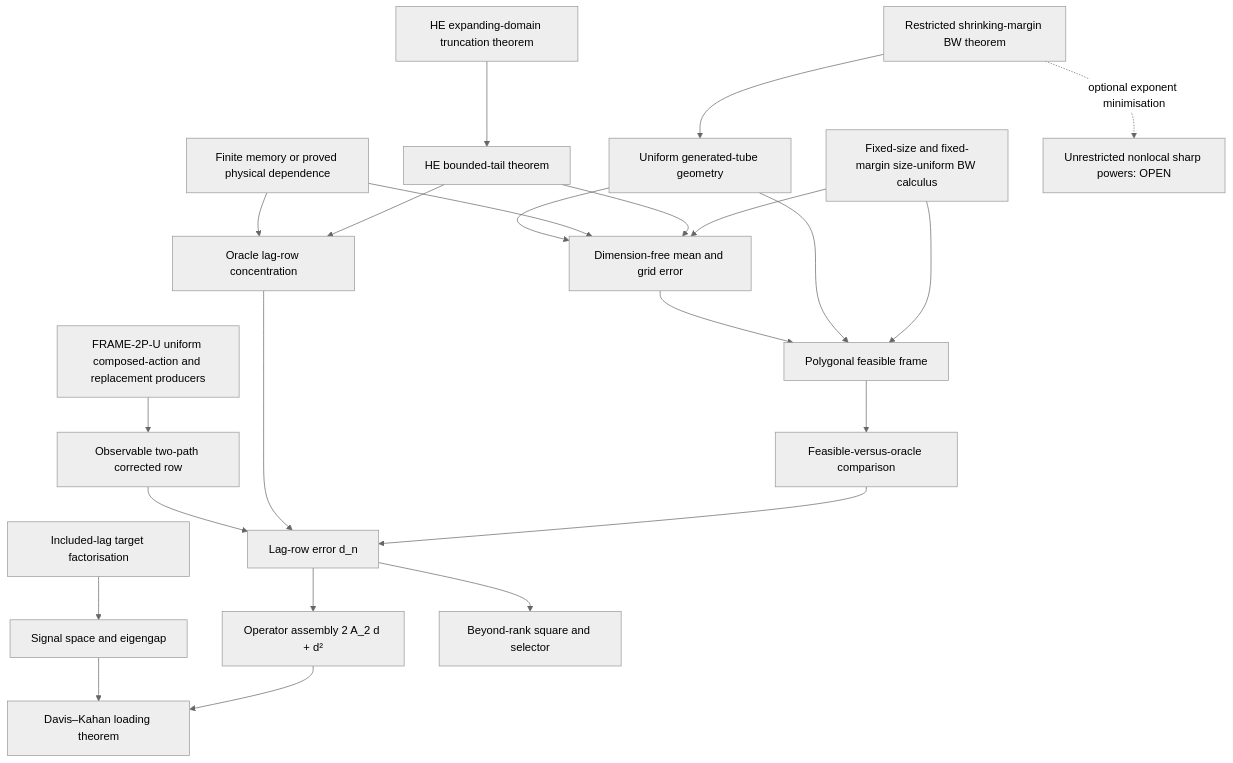
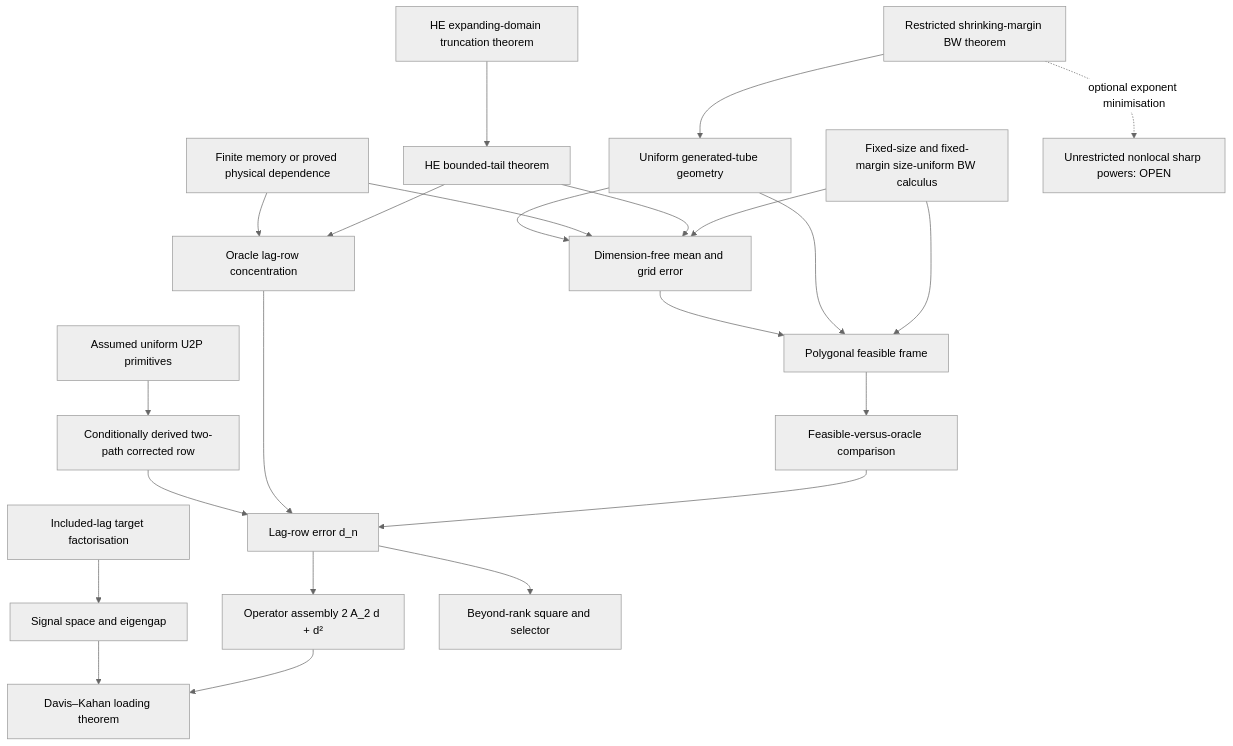
The diagram in Ideas/Analytical reconstruction — proof ledger and rebuilt spec.md (AdarshArunEire/Riemannian-Factor-Dynamics), drawn with Mermaid (neutral theme) before and after one commit. The commit also changed other lines of this file and 12 other files, not shown here.

````diff
--- a/Ideas/Analytical reconstruction — proof ledger and rebuilt spec.md
+++ b/Ideas/Analytical reconstruction — proof ledger and rebuilt spec.md
@@ -256,25 +260,25 @@
 ```mermaid
 flowchart TD
     G1["Dimension-free mean and grid error"] --> PF["Polygonal feasible frame"]
     GEO["Uniform generated-tube geometry"] --> G1
     GEO --> PF
     DEP["Finite memory or proved physical dependence"] --> G1
     DEP --> ROW["Oracle lag-row concentration"]
-    U2P["FRAME-2P-U uniform composed-action and replacement producers"] --> F2P["Observable two-path corrected row"]
+    U2P["Assumed uniform U2P primitives"] --> F2P["Conditionally derived two-path corrected row"]
     F2P --> D
     PF --> COMP["Feasible-versus-oracle comparison"]
     ROW --> D["Lag-row error d_n"]
     COMP --> D
     LN["Included-lag target factorisation"] --> SIG["Signal space and eigengap"]
     D --> ASM["Operator assembly 2 A_2 d + d²"]
     SIG --> DK["Davis–Kahan loading theorem"]
     ASM --> DK
     D --> NULL["Beyond-rank square and selector"]
     HE["HE bounded-tail theorem"] --> G1
     HE --> ROW
     TR["HE expanding-domain truncation theorem"] --> HE
     BWF["Fixed-size and fixed-margin size-uniform BW calculus"] --> G1
     BWF --> PF
     BWS["Restricted shrinking-margin BW theorem"] --> GEO
     BWS -. "optional exponent minimisation" .-> BWO["Unrestricted nonlocal sharp powers: OPEN"]
 ```
````
